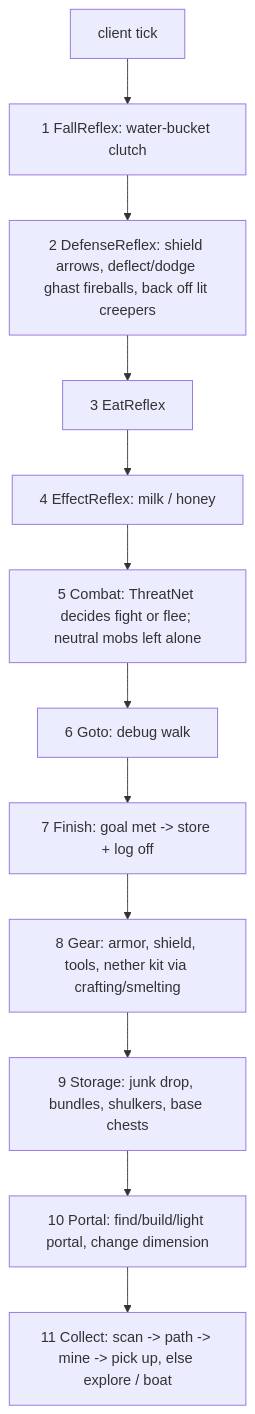
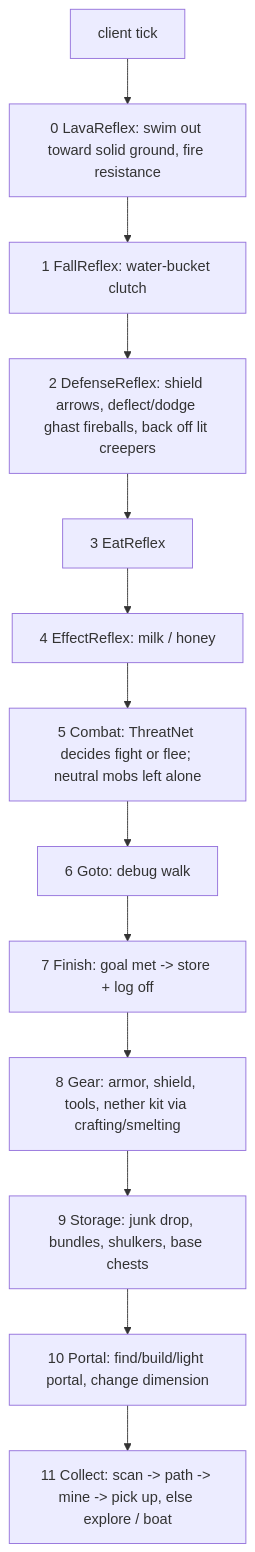
The diagram in PLAN.md (shrimpsooup2/autoCraft), drawn with Mermaid before and after one commit. The commit also changed 3 other files, not shown here.

Commit message:
Lava escape reflex; fix planner tool-wear check

````diff
--- a/PLAN.md
+++ b/PLAN.md
@@ -28,14 +28,15 @@
 ```mermaid
 flowchart TD
-  T[client tick] --> R1[1 FallReflex: water-bucket clutch]
+  T[client tick] --> R0[0 LavaReflex: swim out toward solid ground, fire resistance]
+  R0 --> R1[1 FallReflex: water-bucket clutch]
   R1 --> R2[2 DefenseReflex: shield arrows, deflect/dodge ghast fireballs, back off lit creepers]
   R2 --> R3[3 EatReflex]
   R3 --> R4[4 EffectReflex: milk / honey]
   R4 --> C[5 Combat: ThreatNet decides fight or flee; neutral mobs left alone]
   C --> GO[6 Goto: debug walk]
   GO --> F[7 Finish: goal met -> store + log off]
   F --> G[8 Gear: armor, shield, tools, nether kit via crafting/smelting]
   G --> ST[9 Storage: junk drop, bundles, shulkers, base chests]
   ST --> P[10 Portal: find/build/light portal, change dimension]
   P --> CO[11 Collect: scan -> path -> mine -> pick up, else explore / boat]
 ```
````
